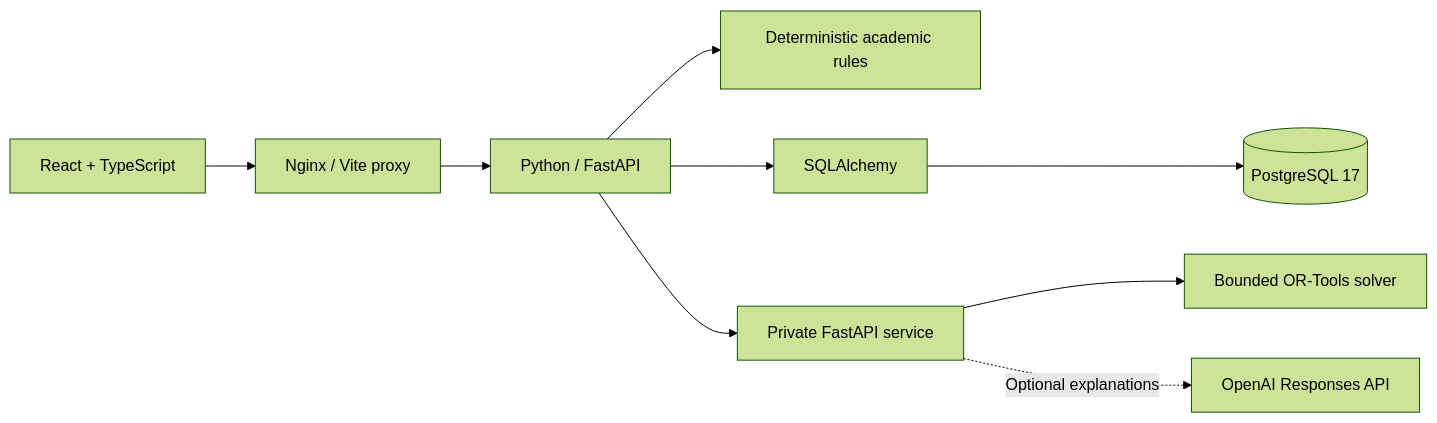
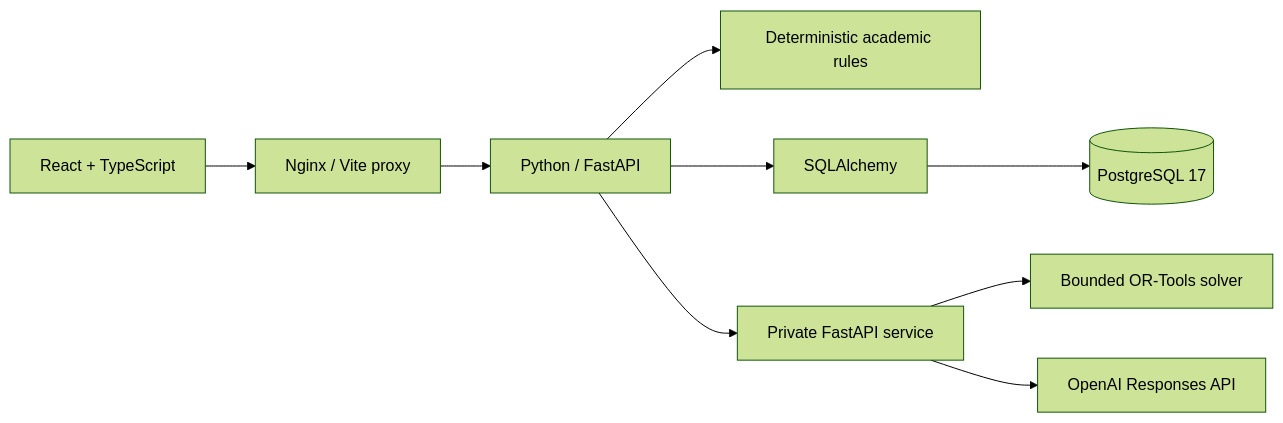
One commit to SShiwako15/DegreePilot-AI changed the diagram in README.md. Above: the diagram before and after it, drawn with Mermaid (forest theme). The commit also changed other lines of this file, not shown here.

````diff
--- a/README.md
+++ b/README.md
@@ -28,11 +30,11 @@
 ```mermaid
 flowchart LR
   Browser[React + TypeScript] --> Web[Nginx / Vite proxy]
   Web --> API[Python / FastAPI]
   API --> Domain[Deterministic academic rules]
   API --> ORM[SQLAlchemy]
   ORM --> PG[(PostgreSQL 17)]
   API --> Planner[Private FastAPI service]
   Planner --> Solver[Bounded OR-Tools solver]
-  Planner -. Optional explanations .-> OpenAI[OpenAI Responses API]
+  Planner --> OpenAI[OpenAI Responses API]
 ```
````
